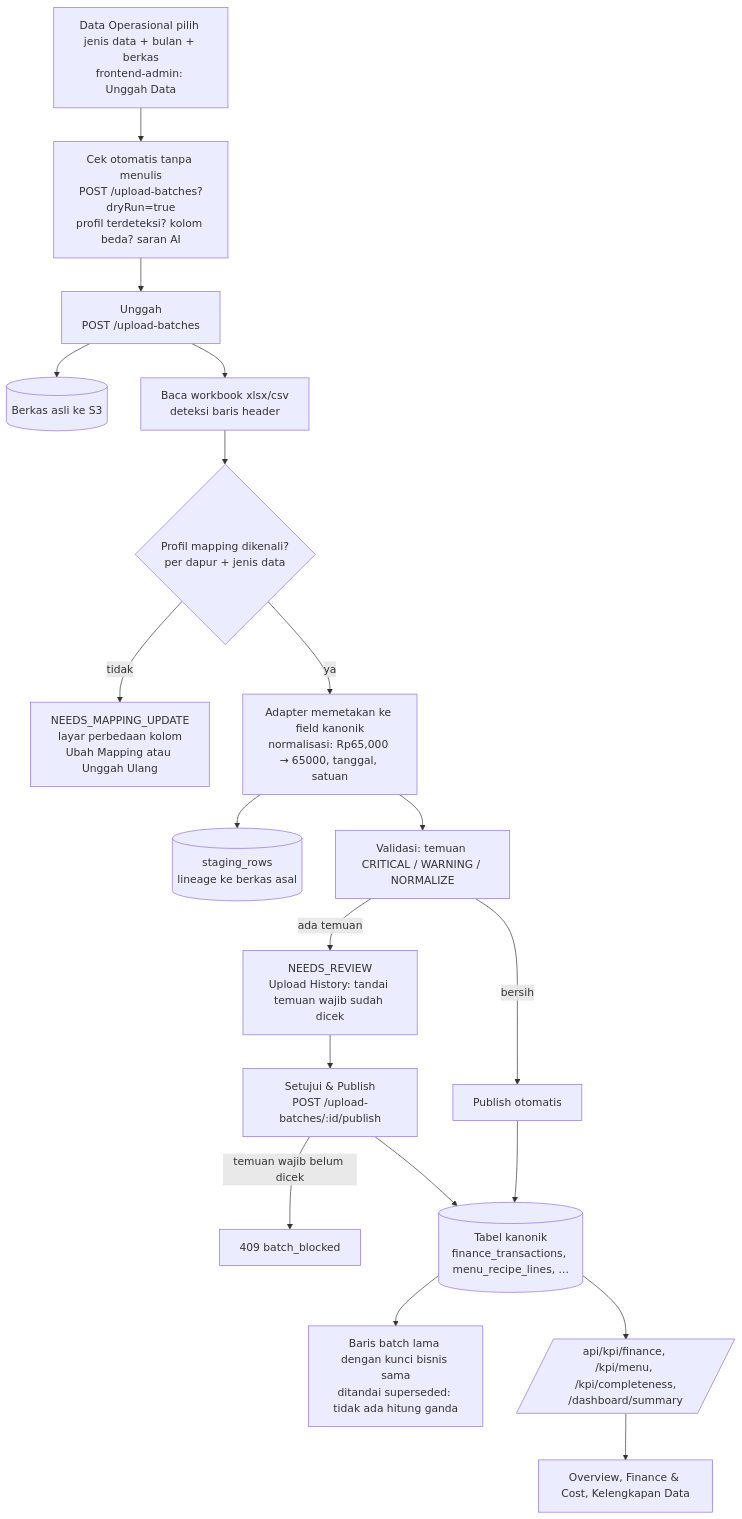
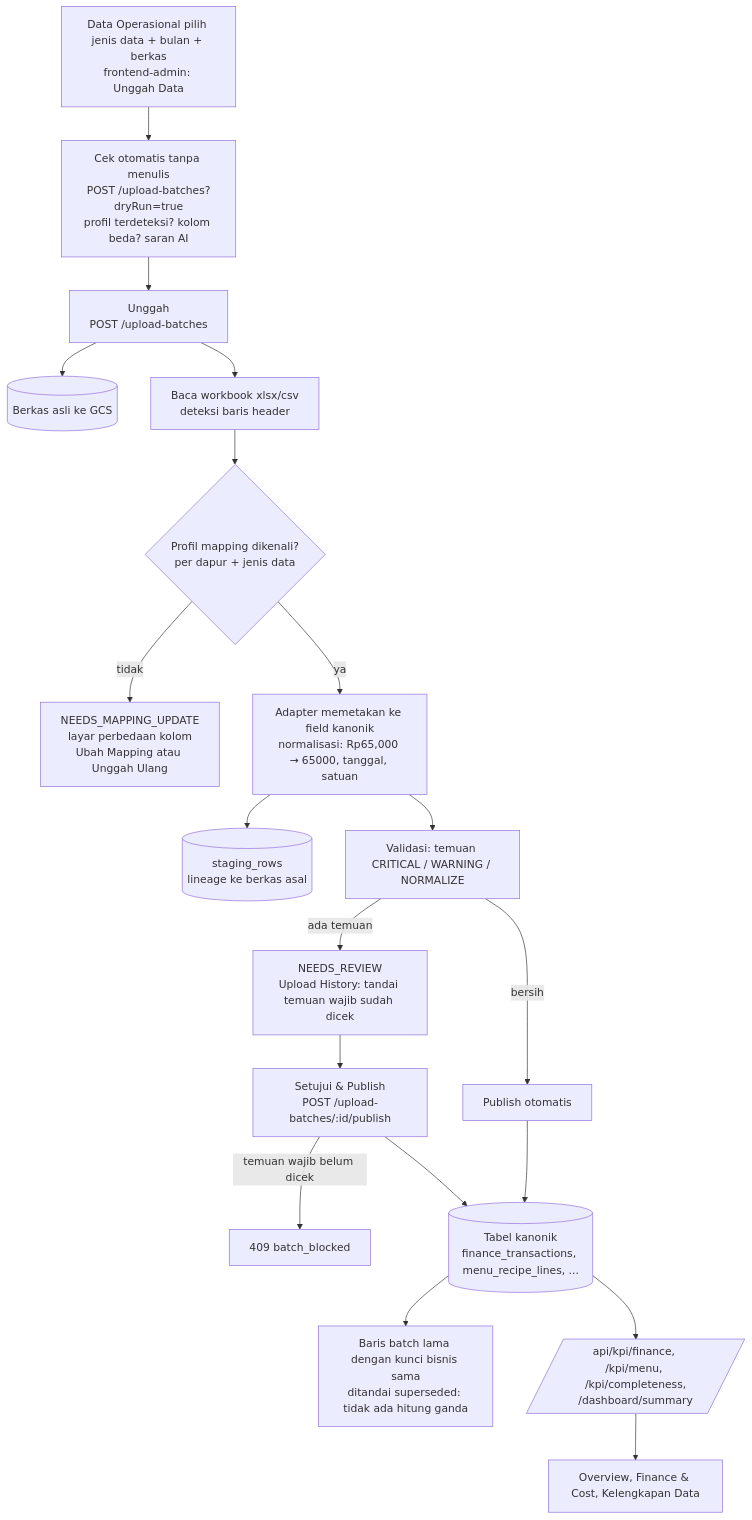
One commit to ibrahimpalamarta/SPPG-Dashboard changed the second of 4 diagrams in README.md. Above: the diagram before and after it, drawn with Mermaid. The commit also changed other lines of this file and 92 other files, not shown here.

````diff
--- a/README.md
+++ b/README.md
@@ -77,21 +77,21 @@
 ```mermaid
 flowchart TD
   U[Data Operasional pilih jenis data + bulan + berkas<br>frontend-admin: Unggah Data] --> CHK[Cek otomatis tanpa menulis<br>POST /upload-batches?dryRun=true<br>profil terdeteksi? kolom beda? saran AI]
   CHK --> UP[Unggah<br>POST /upload-batches]
-  UP --> S3[(Berkas asli ke S3)]
+  UP --> S3[(Berkas asli ke GCS)]
   UP --> PARSE[Baca workbook xlsx/csv<br>deteksi baris header]
   PARSE --> DET{Profil mapping dikenali?<br>per dapur + jenis data}
   DET -- tidak --> NMU[NEEDS_MAPPING_UPDATE<br>layar perbedaan kolom<br>Ubah Mapping atau Unggah Ulang]
   DET -- ya --> MAP[Adapter memetakan ke field kanonik<br>normalisasi: Rp65,000 → 65000, tanggal, satuan]
   MAP --> STG[(staging_rows<br>lineage ke berkas asal)]
   MAP --> VAL[Validasi: temuan CRITICAL / WARNING / NORMALIZE]
   VAL -- ada temuan --> NR[NEEDS_REVIEW<br>Upload History: tandai temuan wajib sudah dicek]
   VAL -- bersih --> AUTO[Publish otomatis]
   NR --> PUB[Setujui & Publish<br>POST /upload-batches/:id/publish]
   PUB -->|temuan wajib belum dicek| BLK[409 batch_blocked]
   PUB --> CAN[(Tabel kanonik<br>finance_transactions, menu_recipe_lines, ...)]
   AUTO --> CAN
   CAN --> SUP[Baris batch lama dengan kunci bisnis sama<br>ditandai superseded: tidak ada hitung ganda]
   CAN --> KPI[/api/kpi/finance, /kpi/menu, /kpi/completeness,<br>/dashboard/summary/]
   KPI --> DASH[Overview, Finance & Cost, Kelengkapan Data]
 ```
````
